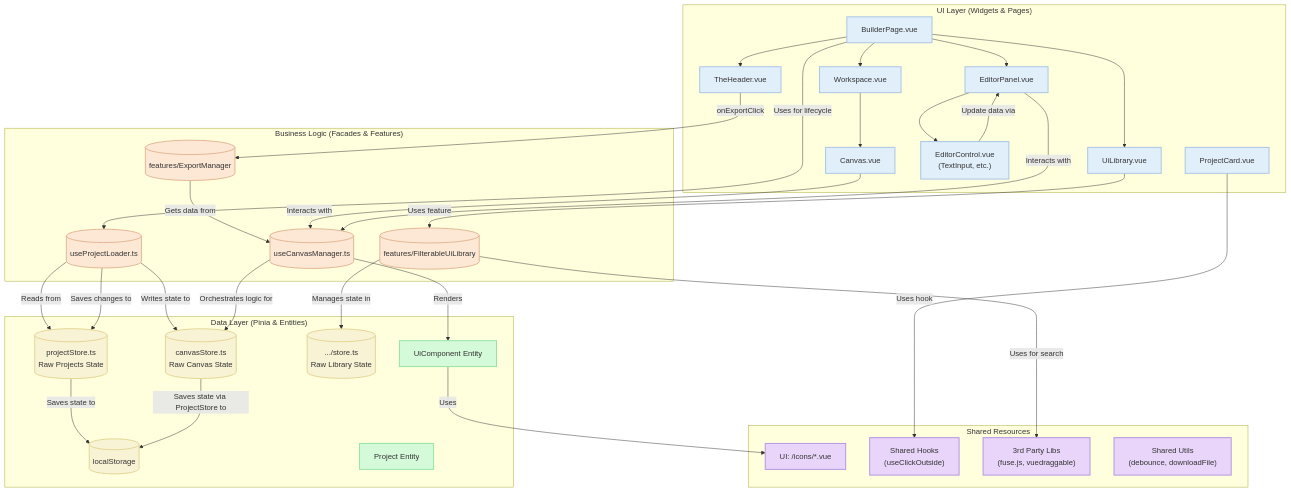
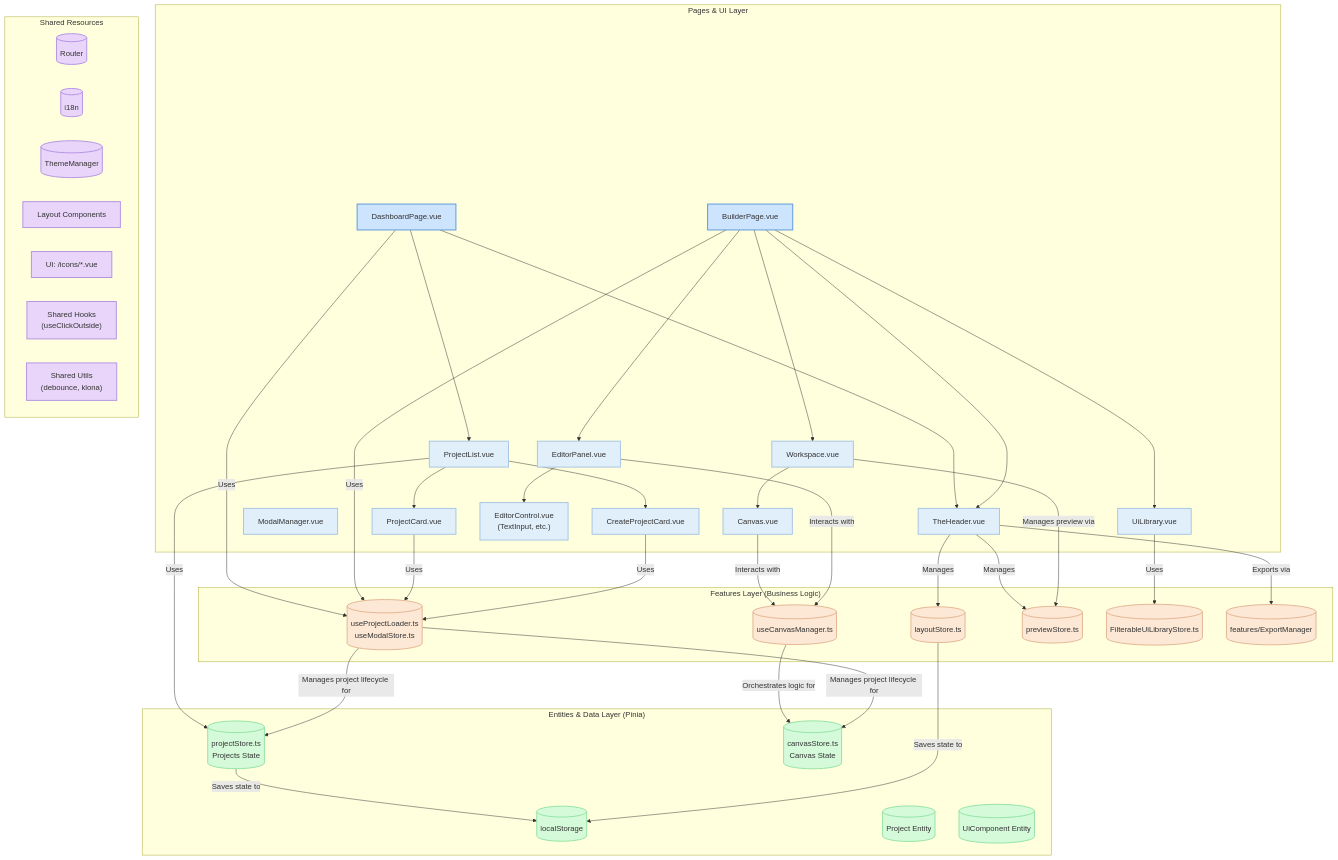
Before and after one commit to NIKIRIKI7/web_builder: the diagram in README.md, drawn with Mermaid. The commit also changed other lines of this file and 31 other files, not shown here.

````diff
--- a/README.md
+++ b/README.md
@@ -7,81 +7,84 @@
 ```mermaid
 graph TD
-    subgraph "UI Layer (Widgets & Pages)"
-        Page[BuilderPage.vue]
-        Header[TheHeader.vue]
-        Library[UiLibrary.vue]
+    subgraph "Pages & UI Layer"
+        DashboardPage[DashboardPage.vue]
+        BuilderPage[BuilderPage.vue]
+        TheHeader[TheHeader.vue]
+        ProjectList[ProjectList.vue]
+        UiLibrary[UiLibrary.vue]
         Workspace[Workspace.vue]
         EditorPanel[EditorPanel.vue]
-        Canvas[Canvas.vue]
+        ModalManager[ModalManager.vue]
+        ProjectCard[ProjectCard.vue]
+        CreateProjectCard[CreateProjectCard.vue]
         EditorControls["EditorControl.vue <br/>(TextInput, etc.)"]
-        ProjectCard[ProjectCard.vue]
 
-        Page --> Header & Library & Workspace & EditorPanel
-        Workspace --> Canvas
+        DashboardPage --> TheHeader & ProjectList
+        BuilderPage --> TheHeader & Workspace & UiLibrary & EditorPanel
+        ProjectList --> ProjectCard & CreateProjectCard
+        Workspace --> Canvas[Canvas.vue]
         EditorPanel --> EditorControls
     end
 
-    subgraph "Business Logic (Facades & Features)"
-        CanvasManager[("useCanvasManager.ts")]
-        ProjectLoader[("useProjectLoader.ts")]
-        ExportManager[("features/ExportManager")]
-        FilterableLibrary[("features/FilterableUiLibrary")]
+    subgraph "Features Layer (Business Logic)"
+        ProjectFacade[("useProjectLoader.ts<br/>useModalStore.ts")]
+        CanvasFacade[("useCanvasManager.ts")]
+        LayoutFacade[("layoutStore.ts")]
+        PreviewFacade[("previewStore.ts")]
+        LibraryFeature[("FilterableUiLibraryStore.ts")]
+        ExportFeature[("features/ExportManager")]
     end
 
-    subgraph "Data Layer (Pinia & Entities)"
-        CanvasStore[("canvasStore.ts <br/> Raw Canvas State")]
-        ProjectStore[("projectStore.ts <br/> Raw Projects State")]
-        LibraryStore[(".../store.ts <br/> Raw Library State")]
+    subgraph "Entities & Data Layer (Pinia)"
+        ProjectStore[("projectStore.ts <br/> Projects State")]
+        CanvasStore[("canvasStore.ts <br/> Canvas State")]
         Persist[("localStorage")]
-        ProjectEntity[Project Entity]
-        UiComponentEntity[UiComponent Entity]
+        ProjectEntity[("Project Entity")]
+        UiComponentEntity[("UiComponent Entity")]
     end
 
     subgraph "Shared Resources"
+        SharedRouter[("Router")]
+        SharedI18n[("i18n")]
+        SharedTheme[("ThemeManager")]
+        SharedLayout[Layout Components]
         SharedIcons[UI: /icons/*.vue]
-        SharedHooks["Shared Hooks <br/> (useClickOutside)"]
-        SharedLibs["3rd Party Libs <br/> (fuse.js, vuedraggable)"]
-        SharedUtils["Shared Utils <br/> (debounce, downloadFile)"]
+        SharedHooks["Shared Hooks <br/>(useClickOutside)"]
+        SharedUtils["Shared Utils <br/>(debounce, klona)"]
     end
 
     %% Interactions
-    Page -- "Uses for lifecycle" --> ProjectLoader
-    ProjectLoader -- "Reads from" --> ProjectStore
-    ProjectLoader -- "Writes state to" --> CanvasStore
-    ProjectLoader -- "Saves changes to" --> ProjectStore
+    DashboardPage -- "Uses" --> ProjectFacade
+    BuilderPage -- "Uses" --> ProjectFacade
+    ProjectList -- "Uses" --> ProjectStore
+    ProjectCard -- "Uses" --> ProjectFacade
+    CreateProjectCard -- "Uses" --> ProjectFacade
 
-    Header -- "onExportClick" --> ExportManager
-    ExportManager -- "Gets data from" --> CanvasManager
+    TheHeader -- "Manages" --> LayoutFacade & PreviewFacade
+    TheHeader -- "Exports via" --> ExportFeature
+
+    UiLibrary -- "Uses" --> LibraryFeature
+    Workspace -- "Manages preview via" --> PreviewFacade
     
-    Library -- "Uses feature" --> FilterableLibrary
-    FilterableLibrary -- "Manages state in" --> LibraryStore
-    FilterableLibrary -- "Uses for search" --> SharedLibs
+    Canvas -- "Interacts with" --> CanvasFacade
+    EditorPanel -- "Interacts with" --> CanvasFacade
     
-    Canvas -- "Interacts with" --> CanvasManager
-    EditorPanel -- "Interacts with" --> CanvasManager
-    EditorControls -- "Update data via" --> EditorPanel
-    
-    CanvasManager -- "Orchestrates logic for" --> CanvasStore
-    CanvasManager -- "Renders" --> UiComponentEntity
-    
-    ProjectCard -- "Uses hook" --> SharedHooks
+    CanvasFacade -- "Orchestrates logic for" --> CanvasStore
+    ProjectFacade -- "Manages project lifecycle for" --> CanvasStore & ProjectStore
 
     ProjectStore -- "Saves state to" --> Persist
-    CanvasStore -- "Saves state via ProjectStore to" --> Persist
-    
-    UiComponentEntity -- "Uses" --> SharedIcons
-    
+    LayoutFacade -- "Saves state to" --> Persist
+
     %% Styling
+    classDef page fill:#cde4ff,stroke:#5c98d9,stroke-width:2px;
     classDef widget fill:#e1effa,stroke:#a6c5e3,stroke-width:2px;
-    classDef logic fill:#fce8d5,stroke:#e3b593,stroke-width:2px;
-    classDef store fill:#f9f3d5,stroke:#e3d593,stroke-width:2px;
-    classDef entity fill:#d5fada,stroke:#93e3a4,stroke-width:2px;
+    classDef feature fill:#fce8d5,stroke:#e3b593,stroke-width:2px;
+    classDef store fill:#d5fada,stroke:#93e3a4,stroke-width:2px;
     classDef shared fill:#e8d5f9,stroke:#b593e3,stroke-width:2px;
-    
-    class Page,Header,Library,Workspace,EditorPanel,Canvas,EditorControls,ProjectCard widget;
-    class CanvasManager,ExportManager,FilterableLibrary,ProjectLoader logic;
-    class CanvasStore,LibraryStore,ProjectStore,Persist store;
-    class ProjectEntity,UiComponentEntity entity;
-    class SharedIcons,SharedLibs,SharedUtils,SharedHooks shared;
 
+    class DashboardPage,BuilderPage page;
+    class TheHeader,ProjectList,UiLibrary,Workspace,EditorPanel,ModalManager,ProjectCard,CreateProjectCard,EditorControls,Canvas widget;
+    class ProjectFacade,CanvasFacade,LayoutFacade,PreviewFacade,LibraryFeature,ExportFeature feature;
+    class ProjectStore,CanvasStore,Persist,ProjectEntity,UiComponentEntity store;
+    class SharedRouter,SharedI18n,SharedTheme,SharedLayout,SharedIcons,SharedHooks,SharedUtils shared;
 ```
````
